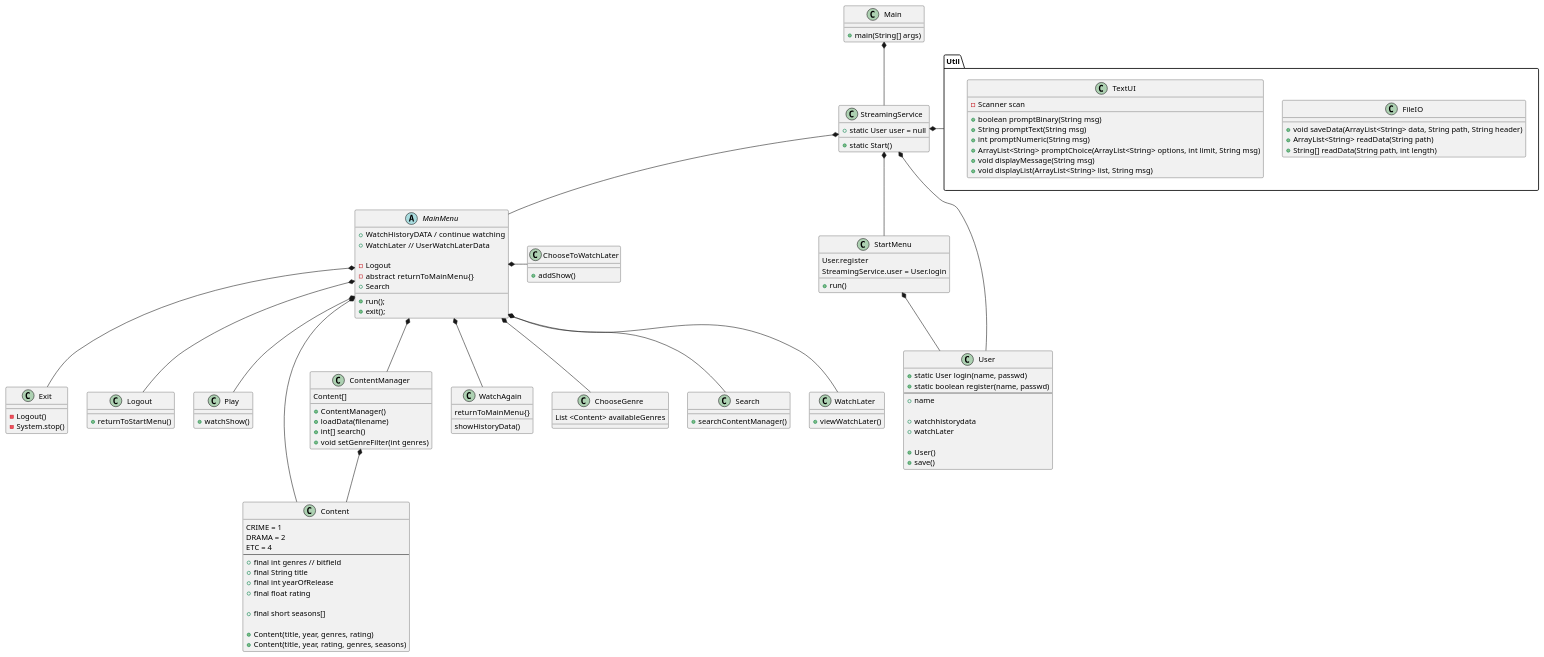
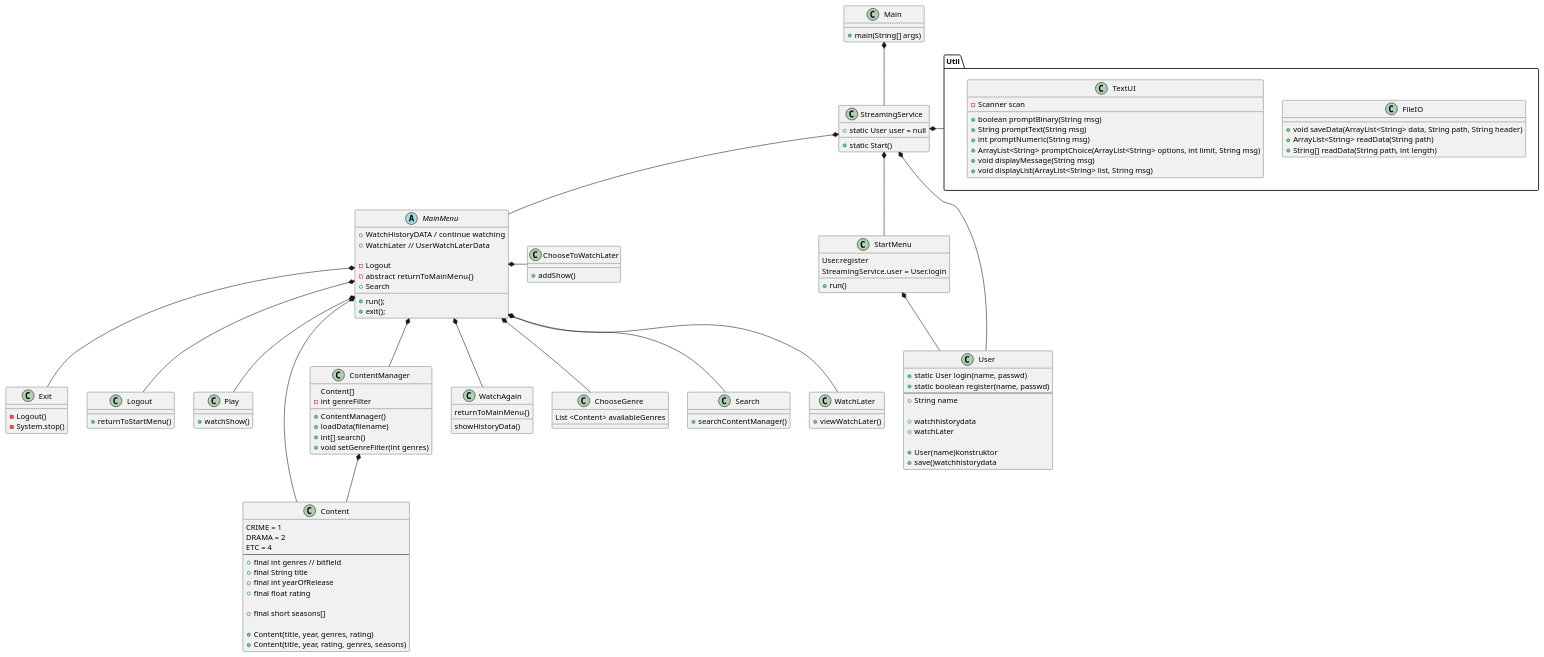
One commit to olivermjmj/SP3_streamingTjeneste changed the diagram in streamingTjeneste/diagrams/ClassDiagram_V1.puml. Above: the diagram before and after it, drawn with PlantUML. The commit also changed 1 other file, not shown here.

```diff
--- a/streamingTjeneste/diagrams/ClassDiagram_V1.puml
+++ b/streamingTjeneste/diagrams/ClassDiagram_V1.puml
@@ -1,146 +1,147 @@
 @startuml
 'https://plantuml.com/class-diagram
 
 class Main {
     + main(String[] args)
 }
 
 class Exit {
     - Logout()
     - System.stop()
 
 }
 
 class Logout {
    + returnToStartMenu()
 }
 
 class StreamingService {
     + static User user = null
     + static Start()
 }
 
 class StartMenu {
     User.register
     StreamingService.user = User.login
     + run()
 }
 
 
 class Play {
    + watchShow()
 
 }
 
 abstract class MainMenu{
 
 
     + WatchHistoryDATA / continue watching
     + WatchLater // UserWatchLaterData
 
     - Logout
     - abstract  returnToMainMenu{}
     + Search
     + run();
     + exit();
 }
 
 class User {
     + static User login(name, passwd)
     + static boolean register(name, passwd)
     ---
-    + name
+    + String name
 
     + watchhistorydata
     + watchLater
 
-    + User()
-    + save()
+    + User(name)konstruktor
+    + save()watchhistorydata
 }
 
 class Content {
     CRIME = 1
     DRAMA = 2
     ETC = 4
     ---
     + final int genres // bitfield
     + final String title
     + final int yearOfRelease
     + final float rating
 
     + final short seasons[]
 
     + Content(title, year, genres, rating)
     + Content(title, year, rating, genres, seasons)
 }
 
 class ContentManager {
     Content[]
+    - int genreFilter
 
     + ContentManager()
     + loadData(filename)
     + int[] search()
     + void setGenreFilter(int genres)
 }
 
 class ChooseToWatchLater {
     + addShow()
 }
 
 class WatchAgain {
     showHistoryData()
     returnToMainMenu{}
 }
 
 class ChooseGenre {
     List <Content> availableGenres
 }
 
 
 package "Util" {
     class FileIO {
     + void saveData(ArrayList<String> data, String path, String header)
     + ArrayList<String> readData(String path)
     + String[] readData(String path, int length)
     }
     class TextUI {
     - Scanner scan
     + boolean promptBinary(String msg)
     + String promptText(String msg)
     + int promptNumeric(String msg)
     + ArrayList<String> promptChoice(ArrayList<String> options, int limit, String msg)
     + void displayMessage(String msg)
     + void displayList(ArrayList<String> list, String msg)
     }
 }
 
 class Search {
     + searchContentManager()
 }
 
 class WatchLater {
     + viewWatchLater()
 }
 
 StreamingService *-- User
 Main *-- StreamingService
 StreamingService *-- StartMenu
 StreamingService *-- MainMenu
 
 StartMenu *-- User
 
 MainMenu *-- Search
 MainMenu *-- Content
 MainMenu *-- ContentManager
 ContentManager *-- Content
 MainMenu *-- WatchLater
 MainMenu *-- WatchAgain
 MainMenu *--ChooseGenre
 
 MainMenu *- ChooseToWatchLater
 MainMenu *-- Play
 MainMenu *-- Exit
 MainMenu *-- Logout
 StreamingService *- Util
 
 @enduml
```
